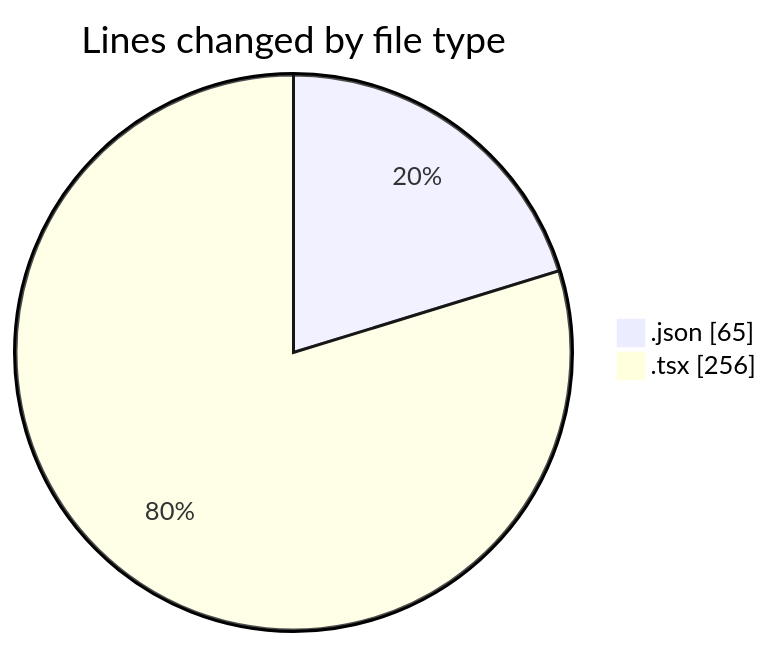
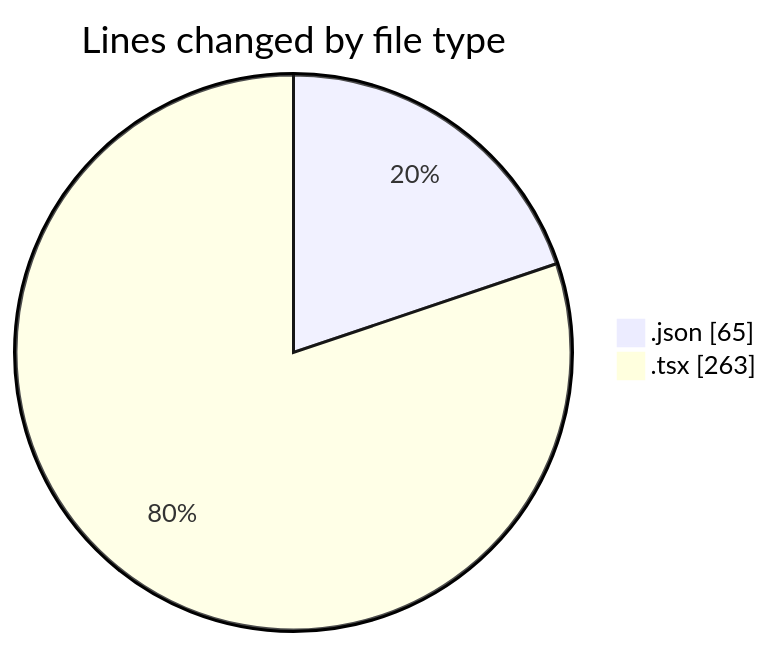
The first of 2 diagrams in 2026-03-24/cda/README.md (momahboobian/code-tracking), drawn with Mermaid before and after one commit. The commit also changed other lines of this file and 1 other file, not shown here.

````diff
--- a/2026-03-24/cda/README.md
+++ b/2026-03-24/cda/README.md
@@ -22,6 +22,6 @@
 ```mermaid
 pie showData
 title Lines changed by file type
 ".json" : 65
-".tsx" : 256
+".tsx" : 263
 ```
````
